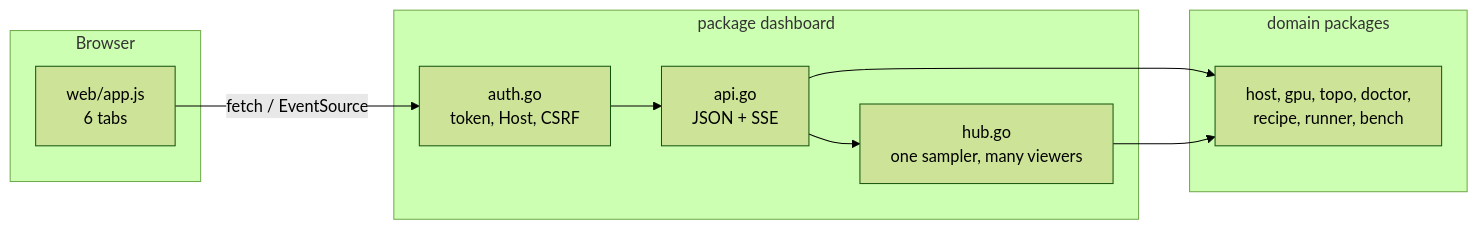
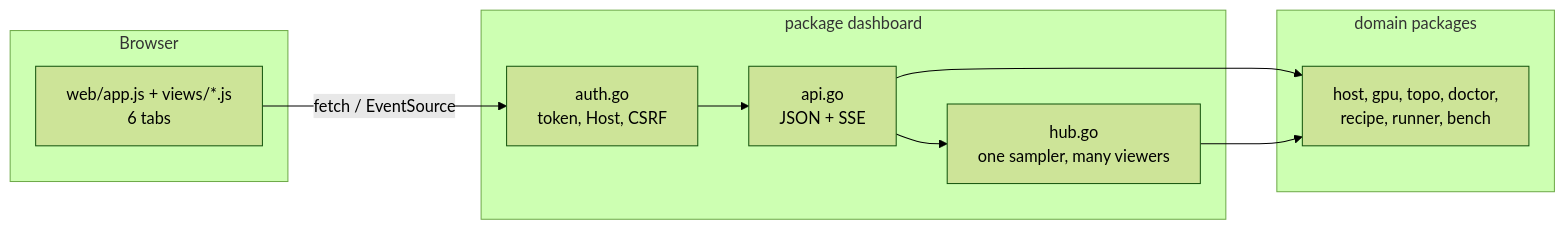
Before and after one commit to opengfx1030/bernie: the diagram in dashboard/README.md, drawn with Mermaid (forest theme). The commit also changed other lines of this file and 2 other files, not shown here.

````diff
--- a/dashboard/README.md
+++ b/dashboard/README.md
@@ -26,18 +26,18 @@
 ```mermaid
 flowchart LR
   subgraph Browser
-    UI["web/app.js<br/>6 tabs"]
+    UI["web/app.js + views/*.js<br/>6 tabs"]
   end
   subgraph "package dashboard"
     API["api.go<br/>JSON + SSE"]
     HUB["hub.go<br/>one sampler, many viewers"]
     AUTH["auth.go<br/>token, Host, CSRF"]
   end
   subgraph "domain packages"
     D["host, gpu, topo, doctor,<br/>recipe, runner, bench"]
   end
   UI -->|fetch / EventSource| AUTH --> API
   API --> D
   HUB --> D
   API --> HUB
 ```
````
